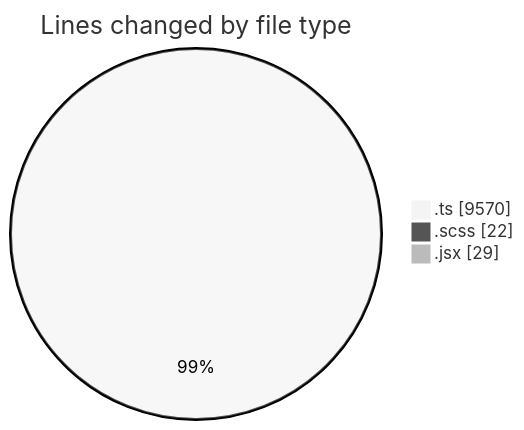
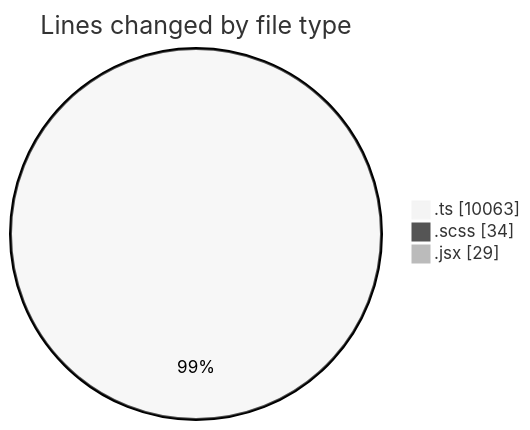
The first of 2 diagrams in 2026-03-19/cda/README.md (momahboobian/code-tracking), drawn with Mermaid (neutral theme) before and after one commit. The commit also changed other lines of this file and 1 other file, not shown here.

````diff
--- a/2026-03-19/cda/README.md
+++ b/2026-03-19/cda/README.md
@@ -29,7 +29,7 @@
 ```mermaid
 pie showData
 title Lines changed by file type
-".ts" : 9570
-".scss" : 22
+".ts" : 10063
+".scss" : 34
 ".jsx" : 29
 ```
````
